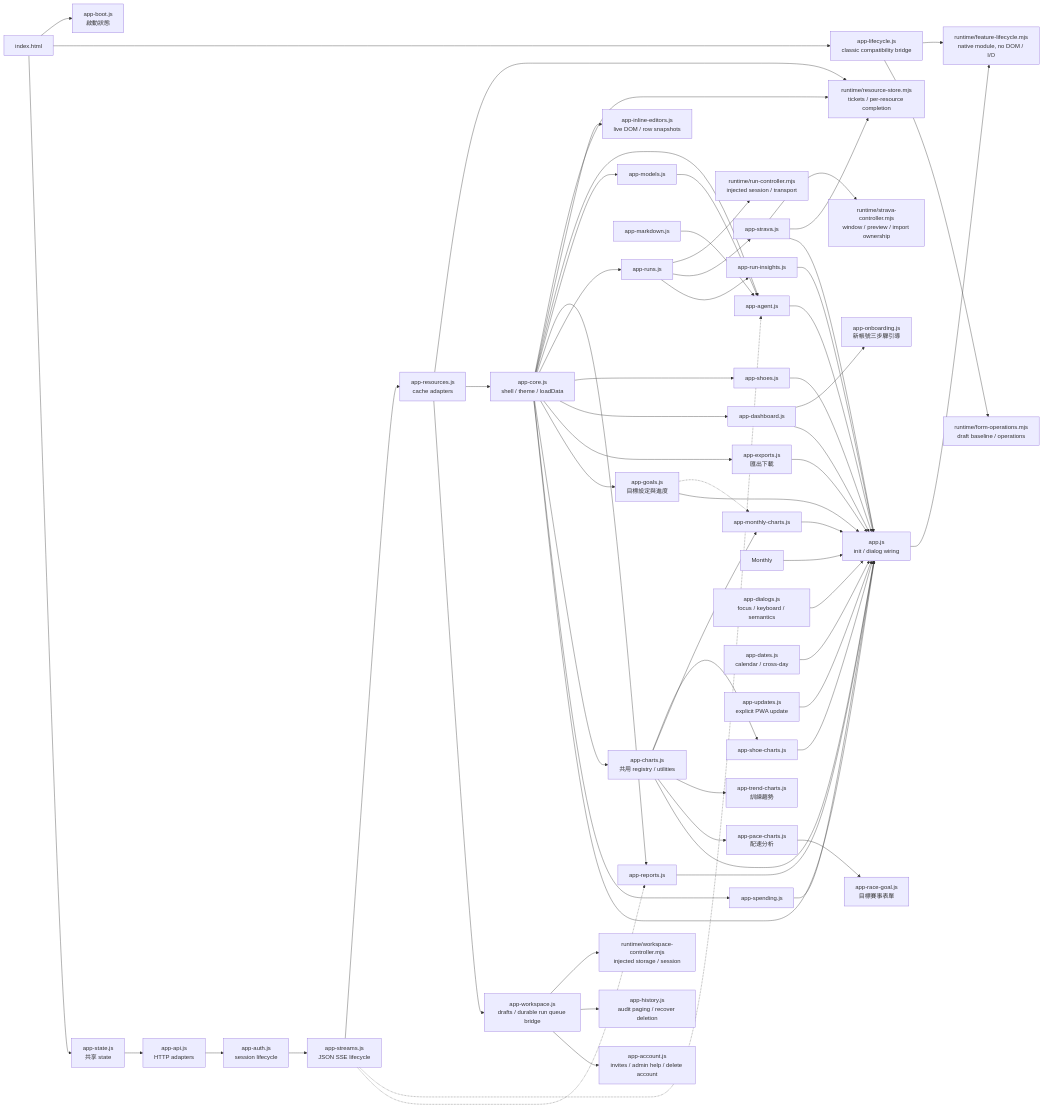
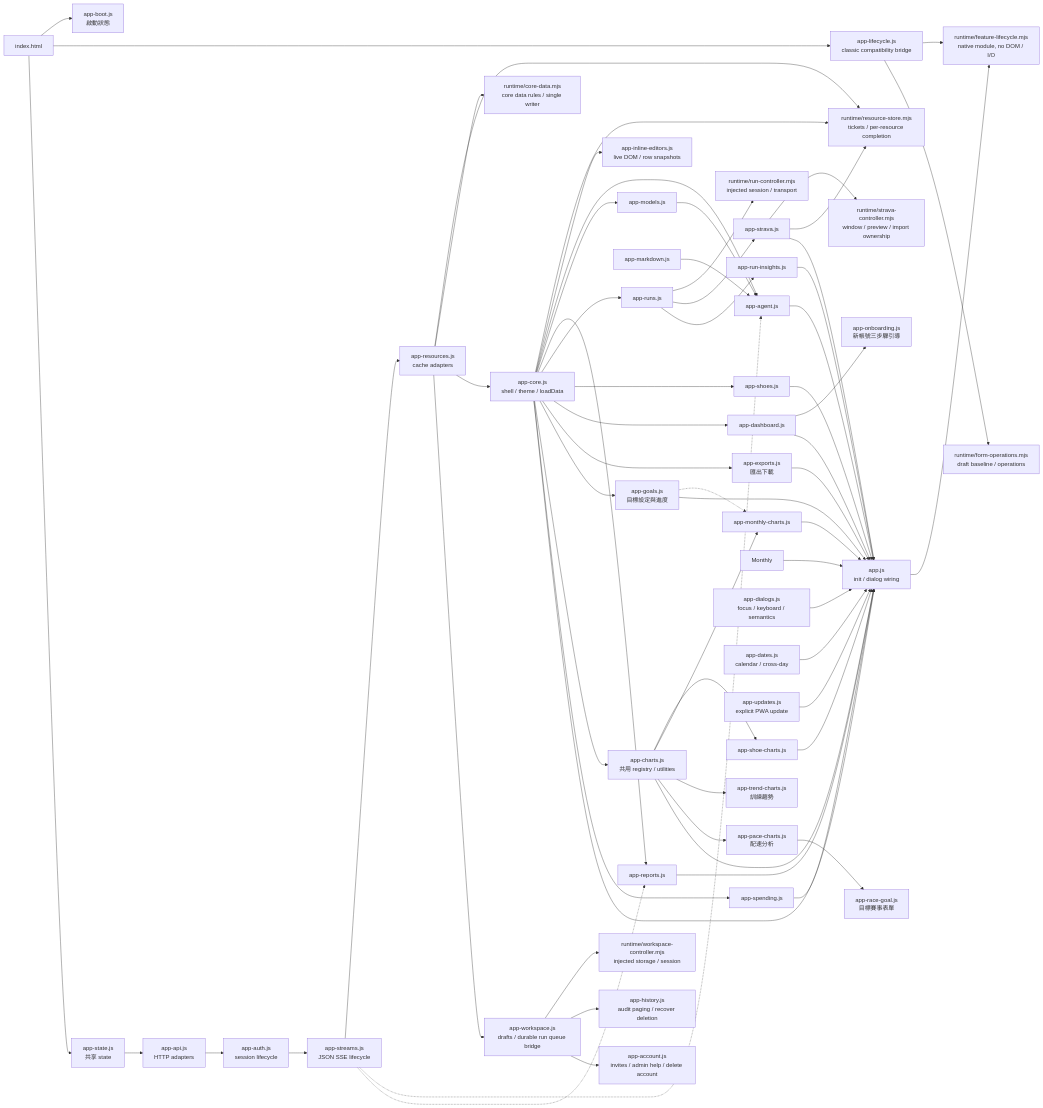
The sixth of 15 diagrams in docs/architecture.md (Teng91/running-shoes), drawn with Mermaid before and after one commit. The commit also changed other lines of this file and 27 other files, not shown here.

First line of the commit message:
refactor: core frontend data has one writer behind native rules (SPEC-094, v4.27.1)

````diff
--- a/docs/architecture.md
+++ b/docs/architecture.md
@@ -207,64 +207,65 @@
 ```mermaid
 flowchart LR
     HTML[index.html] --> Boot[app-boot.js<br/>啟動狀態]
     HTML --> Lifecycle[app-lifecycle.js<br/>classic compatibility bridge]
     Bootstrap --> Native[runtime/feature-lifecycle.mjs<br/>native module, no DOM / I/O]
     Lifecycle --> Native
     HTML --> State[app-state.js<br/>共享 state]
     State --> API[app-api.js<br/>HTTP adapters]
     API --> AuthUI[app-auth.js<br/>session lifecycle]
     AuthUI --> Streams[app-streams.js<br/>JSON SSE lifecycle]
     Streams --> Resources[app-resources.js<br/>cache adapters]
     Resources --> Store[runtime/resource-store.mjs<br/>tickets / per-resource completion]
+    Resources --> CoreData[runtime/core-data.mjs<br/>core data rules / single writer]
     Resources --> Core[app-core.js<br/>shell / theme / loadData]
     Resources --> Workspace[app-workspace.js<br/>drafts / durable run queue bridge]
     Workspace --> WorkspaceNative[runtime/workspace-controller.mjs<br/>injected storage / session]
     Workspace --> History[app-history.js<br/>audit paging / recover deletion]
     Workspace --> Account[app-account.js<br/>invites / admin help / delete account]
     Core --> Store
     Core --> Inline[app-inline-editors.js<br/>live DOM / row snapshots]
     Lifecycle --> Forms[runtime/form-operations.mjs<br/>draft baseline / operations]
     Streams -.-> AgentUI
     Streams -.-> ReportsUI
     Core --> AgentUI[app-agent.js]
     Core --> ModelsUI[app-models.js]
     ModelsUI --> AgentUI
     MarkdownUI[app-markdown.js] --> AgentUI
     Core --> ReportsUI[app-reports.js]
     Core --> RunCRUD[app-runs.js]
     RunCRUD --> RunNative[runtime/run-controller.mjs<br/>injected session / transport]
     RunCRUD --> StravaUI[app-strava.js]
     StravaUI --> StravaNative[runtime/strava-controller.mjs<br/>window / preview / import ownership]
     StravaUI --> Store
     RunCRUD --> RunInsights[app-run-insights.js]
     Core --> ShoesUI[app-shoes.js]
     Core --> Dashboard[app-dashboard.js]
     Dashboard --> Onboarding[app-onboarding.js<br/>新帳號三步驟引導]
     Core --> ExportsUI[app-exports.js<br/>匯出下載]
     Core --> GoalsUI[app-goals.js<br/>目標設定與進度]
     Core --> Charts[app-charts.js<br/>共用 registry / utilities]
     Charts --> ShoeCharts[app-shoe-charts.js]
     Charts --> MileageCharts[app-monthly-charts.js]
     Charts --> TrendCharts[app-trend-charts.js<br/>訓練趨勢]
     Charts --> PaceCharts[app-pace-charts.js<br/>配速分析]
     PaceCharts --> RaceGoal[app-race-goal.js<br/>目標賽事表單]
     GoalsUI -.-> MileageCharts
     Core --> Spending[app-spending.js]
     Core --> Bootstrap[app.js<br/>init / dialog wiring]
     AgentUI --> Bootstrap
     ReportsUI --> Bootstrap
     StravaUI --> Bootstrap
     RunInsights --> Bootstrap
     ShoesUI --> Bootstrap
     Dashboard --> Bootstrap
     Monthly --> Bootstrap
     ExportsUI --> Bootstrap
     GoalsUI --> Bootstrap
     Charts --> Bootstrap
     ShoeCharts --> Bootstrap
     MileageCharts --> Bootstrap
     Spending --> Bootstrap
     Dialogs[app-dialogs.js<br/>focus / keyboard / semantics] --> Bootstrap
     Dates[app-dates.js<br/>calendar / cross-day] --> Bootstrap
     Updates[app-updates.js<br/>explicit PWA update] --> Bootstrap
 ```
````
